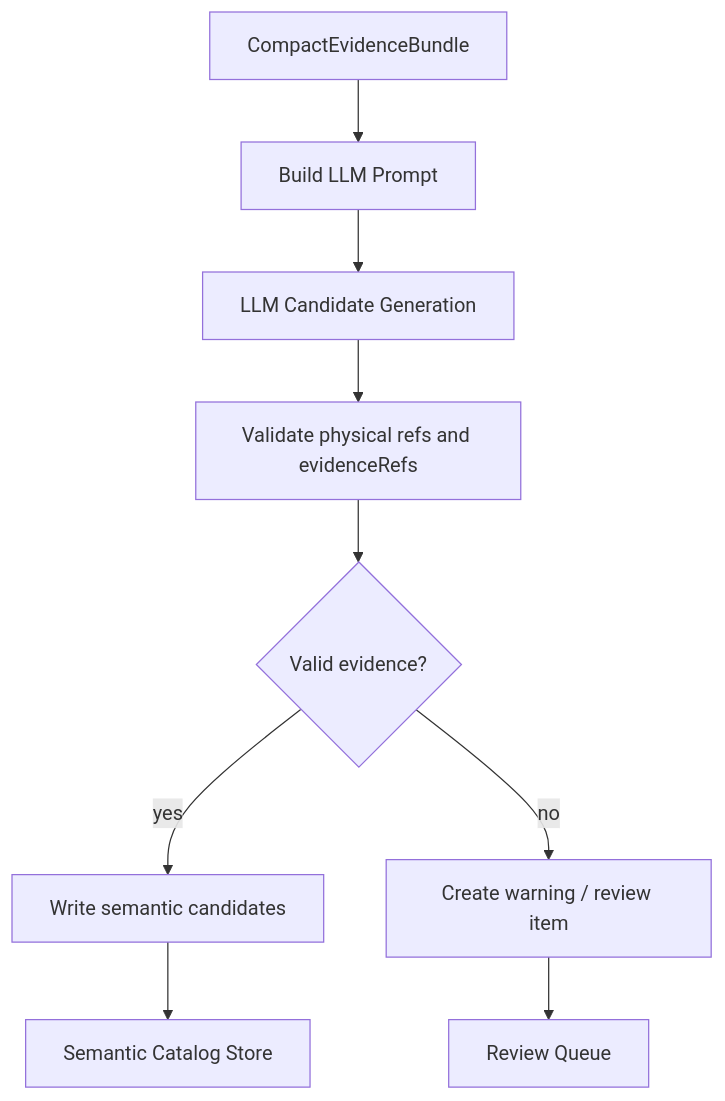
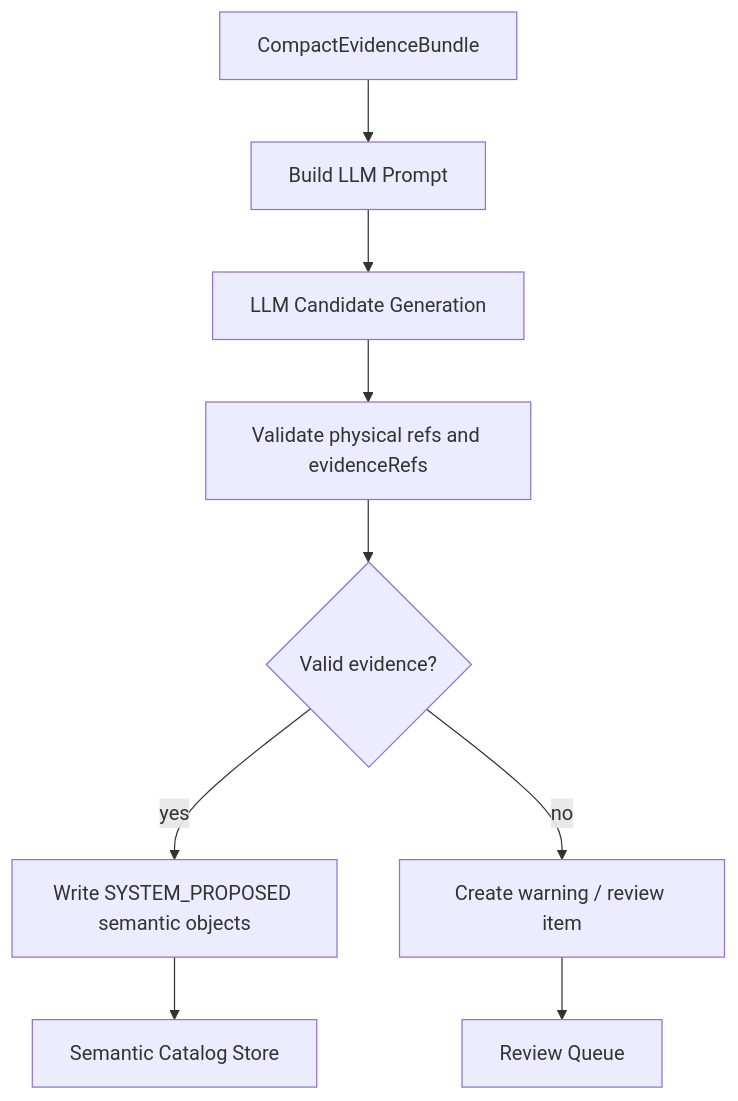
One commit to xiaoguang/relation-detector changed the diagram in docs/design/semantic-layer/03-llm-semantic-enricher.md. Above: the diagram before and after it, drawn with Mermaid. The commit also changed other lines of this file and 15 other files, not shown here.

````diff
--- a/docs/design/semantic-layer/03-llm-semantic-enricher.md
+++ b/docs/design/semantic-layer/03-llm-semantic-enricher.md
@@ -168,11 +168,11 @@
 ```mermaid
 flowchart TD
   A["CompactEvidenceBundle"] --> B["Build LLM Prompt"]
   B --> C["LLM Candidate Generation"]
   C --> D["Validate physical refs and evidenceRefs"]
   D --> E{"Valid evidence?"}
-  E -- "yes" --> F["Write semantic candidates"]
+  E -- "yes" --> F["Write SYSTEM_PROPOSED semantic objects"]
   E -- "no" --> G["Create warning / review item"]
   F --> H["Semantic Catalog Store"]
   G --> I["Review Queue"]
 ```
````
